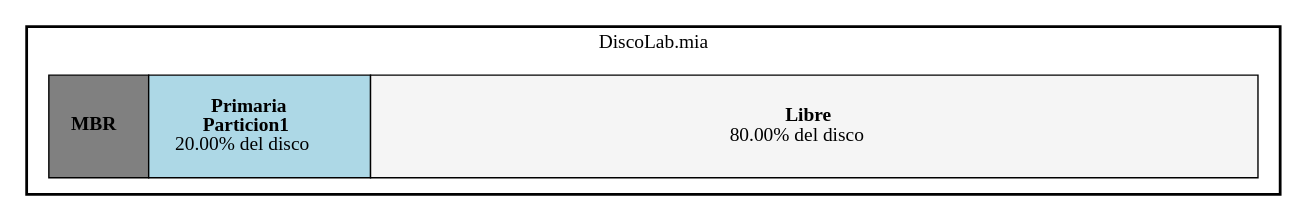
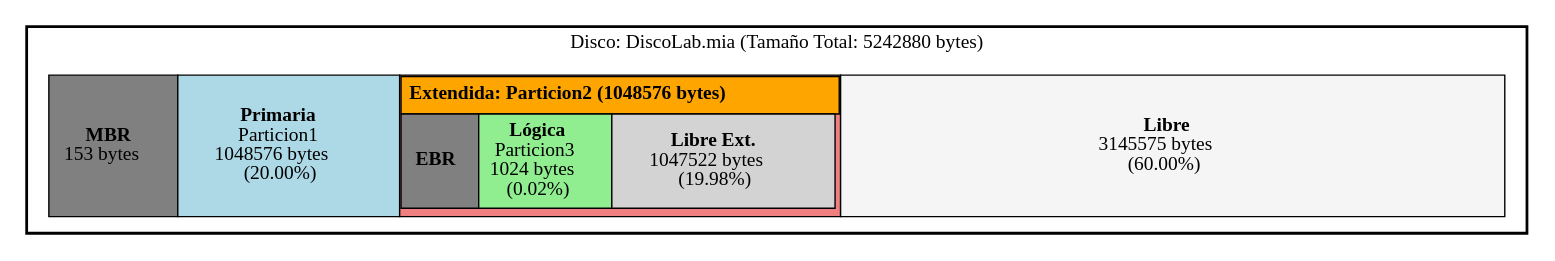
One commit to Ennero/MIA_1S2025_P1_202302220 changed the diagram in backend/output/report_disk.dot. Above: the diagram before and after it, drawn with Graphviz. The commit also changed 7 other files, not shown here.

```diff
--- a/backend/output/report_disk.dot
+++ b/backend/output/report_disk.dot
@@ -1,20 +1,30 @@
 digraph G {
 	node [shape=none];
 	graph [splines=false];
 	subgraph cluster_disk {
-		label="DiscoLab.mia";
+		label="Disco: DiscoLab.mia (Tamaño Total: 5242880 bytes)";
 		style=filled;
 		fillcolor=white;
 		color=black;
 		penwidth=2;
 		table [label=<
-			<TABLE BORDER="0" CELLBORDER="1" CELLSPACING="0" CELLPADDING="15" WIDTH="800">
+			<TABLE BORDER="0" CELLBORDER="1" CELLSPACING="0" CELLPADDING="10" WIDTH="800">
 			<TR>
-			<TD BGCOLOR="gray" ALIGN="CENTER"><B>MBR</B></TD>
-			<TD BGCOLOR="lightblue" WIDTH="160" ALIGN="CENTER"><B>Primaria</B><BR/><B>Particion1</B><BR/>20.00% del disco</TD>
-			<TD BGCOLOR="#F5F5F5" WIDTH="640" ALIGN="CENTER"><B>Libre</B><BR/>80.00% del disco</TD>
+			<TD BGCOLOR="gray" ALIGN="CENTER"><B>MBR</B><BR/>153 bytes</TD>
+			<TD BGCOLOR="lightblue" WIDTH="160" ALIGN="CENTER"><B>Primaria</B><BR/>Particion1<BR/>1048576 bytes<BR/>(20.00%)</TD>
+			<TD BGCOLOR="lightcoral" WIDTH="160" ALIGN="CENTER" CELLPADDING="0">
+				<TABLE BORDER="0" CELLBORDER="1" CELLSPACING="0" CELLPADDING="5" WIDTH="100%" HEIGHT="100%">
+				<TR><TD COLSPAN="100" ALIGN="CENTER" BGCOLOR="orange"><B>Extendida: Particion2 (1048576 bytes)</B></TD></TR>
+				<TR>
+				<TD BGCOLOR="gray" WIDTH="20" ALIGN="CENTER"><B>EBR</B></TD>
+				<TD BGCOLOR="lightgreen" WIDTH="50" ALIGN="CENTER"><B>Lógica</B><BR/>Particion3<BR/>1024 bytes<BR/>(0.02%)</TD>
+				<TD BGCOLOR="#D3D3D3" WIDTH="159" ALIGN="CENTER"><B>Libre Ext.</B><BR/>1047522 bytes<BR/>(19.98%)</TD>
+				</TR>
+				</TABLE>
+			</TD>
+			<TD BGCOLOR="#F5F5F5" WIDTH="479" ALIGN="CENTER"><B>Libre</B><BR/>3145575 bytes<BR/>(60.00%)</TD>
 			</TR>
 			</TABLE>
 >];
 	}
 }
```
